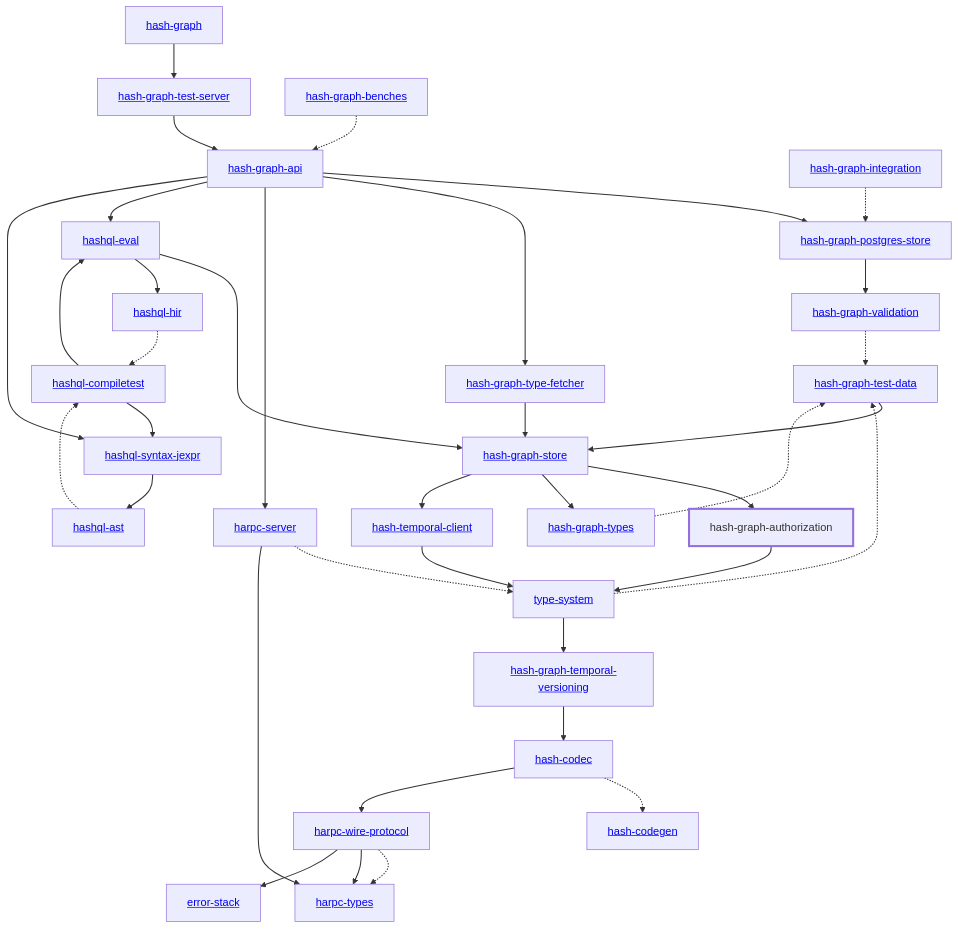
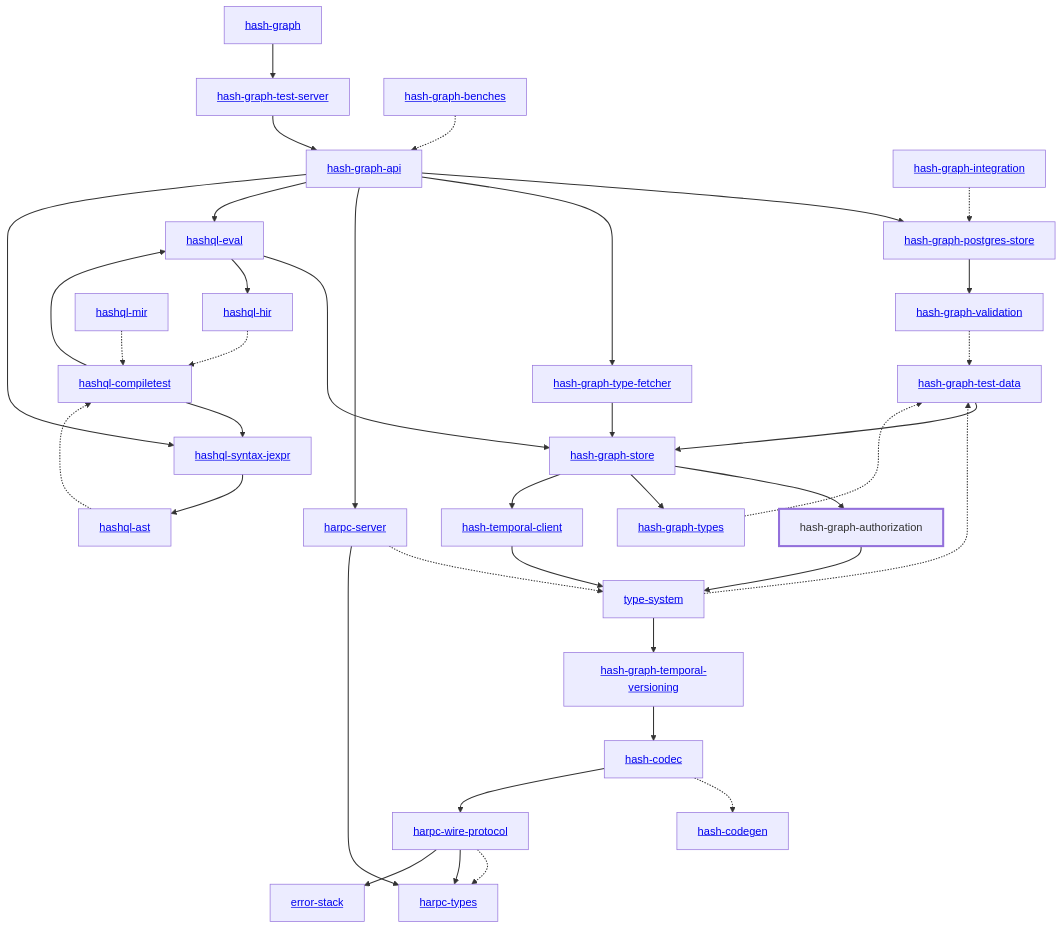
The diagram in libs/@local/graph/authorization/docs/dependency-diagram.mmd (hashintel/hash), drawn with Mermaid before and after one commit. The commit also changed 25 other files, not shown here.

```diff
--- a/libs/@local/graph/authorization/docs/dependency-diagram.mmd
+++ b/libs/@local/graph/authorization/docs/dependency-diagram.mmd
@@ -1,73 +1,75 @@
 graph TD
     linkStyle default stroke-width:1.5px
     classDef default stroke-width:1px
     classDef root stroke-width:3px
     classDef dev stroke-width:1px
     classDef build stroke-width:1px
     %% Legend
     %% --> : Normal dependency
     %% -.-> : Dev dependency
     %% ---> : Build dependency
     0[<a href="../hash_graph/index.html">hash-graph</a>]
     1[<a href="../type_system/index.html">type-system</a>]
     2[<a href="../hash_codec/index.html">hash-codec</a>]
     3[<a href="../hash_codegen/index.html">hash-codegen</a>]
     4[<a href="../hash_graph_api/index.html">hash-graph-api</a>]
     5[hash-graph-authorization]
     class 5 root
     6[<a href="../hash_graph_postgres_store/index.html">hash-graph-postgres-store</a>]
     7[<a href="../hash_graph_store/index.html">hash-graph-store</a>]
     8[<a href="../hash_graph_temporal_versioning/index.html">hash-graph-temporal-versioning</a>]
     9[<a href="../hash_graph_test_server/index.html">hash-graph-test-server</a>]
     10[<a href="../hash_graph_type_fetcher/index.html">hash-graph-type-fetcher</a>]
     11[<a href="../hash_graph_types/index.html">hash-graph-types</a>]
     12[<a href="../hash_graph_validation/index.html">hash-graph-validation</a>]
     13[<a href="../harpc_server/index.html">harpc-server</a>]
     14[<a href="../harpc_types/index.html">harpc-types</a>]
     15[<a href="../harpc_wire_protocol/index.html">harpc-wire-protocol</a>]
     16[<a href="../hashql_ast/index.html">hashql-ast</a>]
     17[<a href="../hashql_compiletest/index.html">hashql-compiletest</a>]
     18[<a href="../hashql_eval/index.html">hashql-eval</a>]
     19[<a href="../hashql_hir/index.html">hashql-hir</a>]
-    20[<a href="../hashql_syntax_jexpr/index.html">hashql-syntax-jexpr</a>]
-    21[<a href="../hash_temporal_client/index.html">hash-temporal-client</a>]
-    22[<a href="../error_stack/index.html">error-stack</a>]
-    23[<a href="../hash_graph_benches/index.html">hash-graph-benches</a>]
-    24[<a href="../hash_graph_integration/index.html">hash-graph-integration</a>]
-    25[<a href="../hash_graph_test_data/index.html">hash-graph-test-data</a>]
+    20[<a href="../hashql_mir/index.html">hashql-mir</a>]
+    21[<a href="../hashql_syntax_jexpr/index.html">hashql-syntax-jexpr</a>]
+    22[<a href="../hash_temporal_client/index.html">hash-temporal-client</a>]
+    23[<a href="../error_stack/index.html">error-stack</a>]
+    24[<a href="../hash_graph_benches/index.html">hash-graph-benches</a>]
+    25[<a href="../hash_graph_integration/index.html">hash-graph-integration</a>]
+    26[<a href="../hash_graph_test_data/index.html">hash-graph-test-data</a>]
     0 --> 9
     1 --> 8
-    1 -.-> 25
+    1 -.-> 26
     2 -.-> 3
     2 --> 15
     4 --> 6
     4 --> 10
     4 --> 13
     4 --> 18
-    4 --> 20
+    4 --> 21
     5 --> 1
     6 --> 12
     7 --> 5
     7 --> 11
-    7 --> 21
+    7 --> 22
     8 --> 2
     9 --> 4
     10 --> 7
-    11 -.-> 25
-    12 -.-> 25
+    11 -.-> 26
+    12 -.-> 26
     13 -.-> 1
     13 --> 14
     15 -.-> 14
     15 --> 14
-    15 --> 22
+    15 --> 23
     16 -.-> 17
     17 --> 18
-    17 --> 20
+    17 --> 21
     18 --> 7
     18 --> 19
     19 -.-> 17
-    20 --> 16
-    21 --> 1
-    23 -.-> 4
-    24 -.-> 6
-    25 --> 7
+    20 -.-> 17
+    21 --> 16
+    22 --> 1
+    24 -.-> 4
+    25 -.-> 6
+    26 --> 7
```
